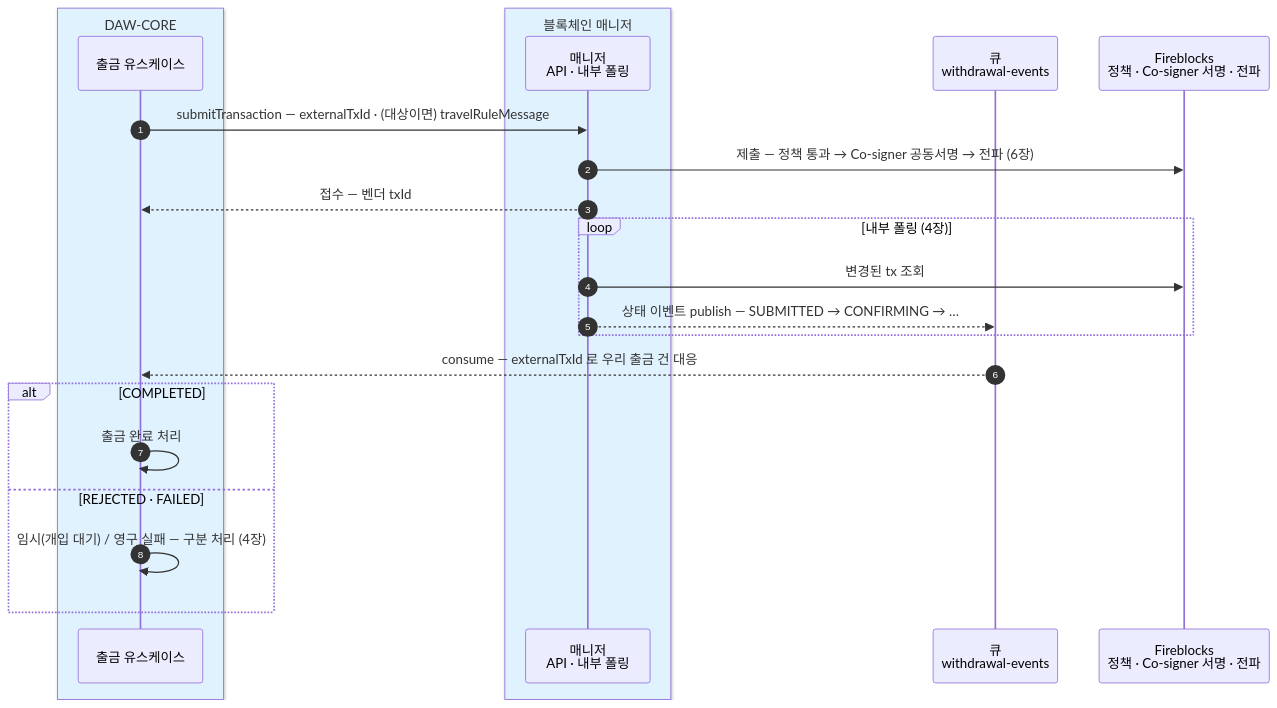
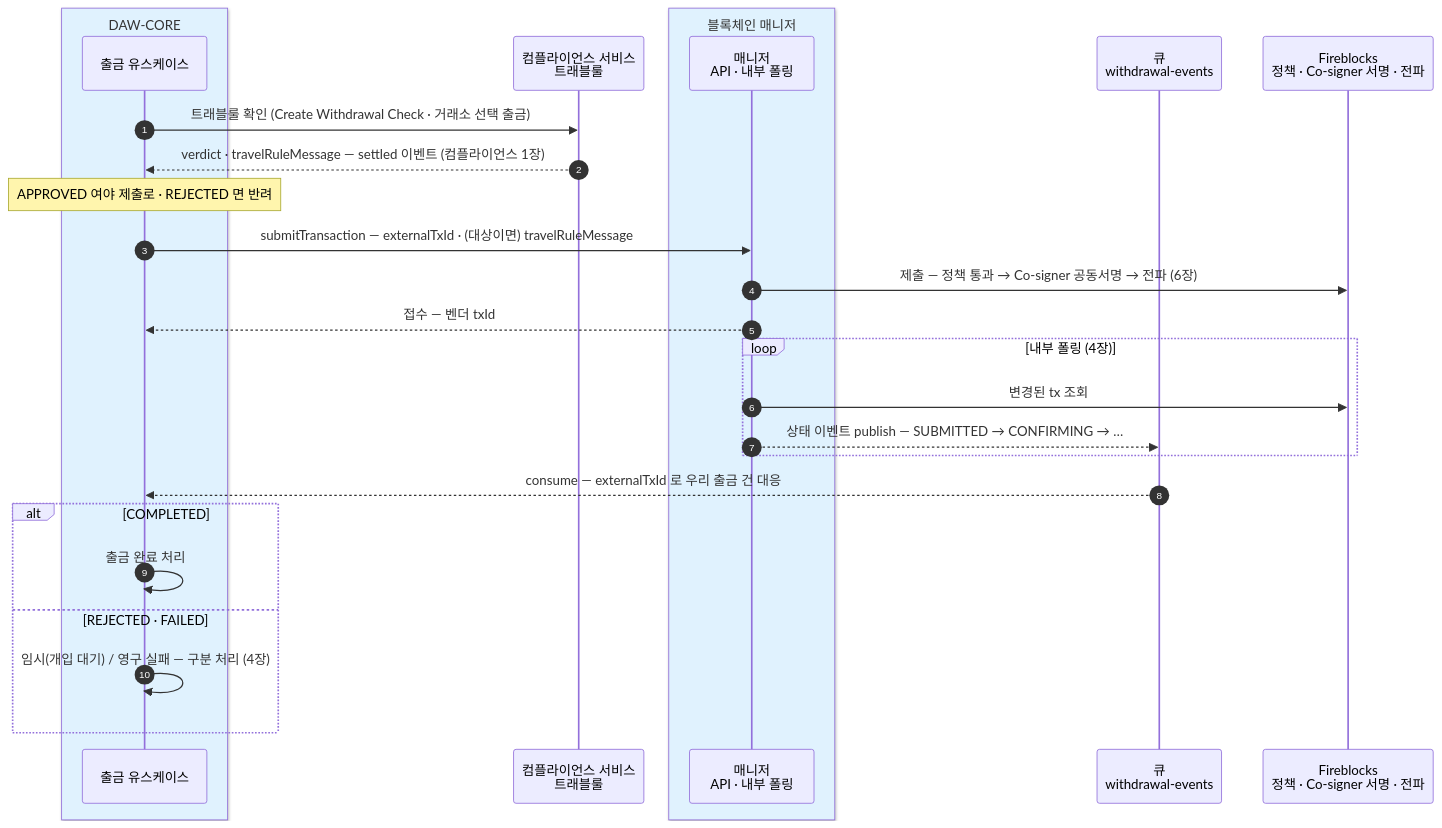
One commit to eunsujeo/eunpus changed the first of 2 diagrams in blockchain-manager/docs/블록체인매니저/설계/16-interface.md. Above: the diagram before and after it, drawn with Mermaid. The commit also changed other lines of this file and 1 other file, not shown here.

First line of the commit message:
온보딩 0장 군더더기 절 제거 + 매니저 16장 시퀀스에 컴플라이언스(트래블룰) 추가

````diff
--- a/blockchain-manager/docs/블록체인매니저/설계/16-interface.md
+++ b/blockchain-manager/docs/블록체인매니저/설계/16-interface.md
@@ -55,26 +55,30 @@
 ```mermaid
 sequenceDiagram
     autonumber
     box rgb(224,242,254) DAW-CORE
     participant BE as 출금 유스케이스
     end
+    participant CP as 컴플라이언스 서비스<br/>트래블룰
     box rgb(224,242,254) 블록체인 매니저
     participant BM as 매니저<br/>API · 내부 폴링
     end
     participant MQ as 큐<br/>withdrawal-events
     participant FB as Fireblocks<br/>정책 · Co-signer 서명 · 전파
 
+    BE->>CP: 트래블룰 확인 (Create Withdrawal Check · 거래소 선택 출금)
+    CP-->>BE: verdict · travelRuleMessage — settled 이벤트 (컴플라이언스 1장)
+    Note over BE: APPROVED 여야 제출로 · REJECTED 면 반려
     BE->>BM: submitTransaction — externalTxId · (대상이면) travelRuleMessage
     BM->>FB: 제출 — 정책 통과 → Co-signer 공동서명 → 전파 (6장)
     BM-->>BE: 접수 — 벤더 txId
     loop 내부 폴링 (4장)
         BM->>FB: 변경된 tx 조회
         BM-->>MQ: 상태 이벤트 publish — SUBMITTED → CONFIRMING → …
     end
     MQ-->>BE: consume — externalTxId 로 우리 출금 건 대응
     alt COMPLETED
         BE->>BE: 출금 완료 처리
     else REJECTED · FAILED
         BE->>BE: 임시(개입 대기) / 영구 실패 — 구분 처리 (4장)
     end
 ```
````
